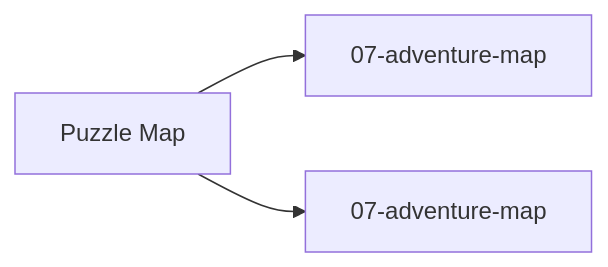
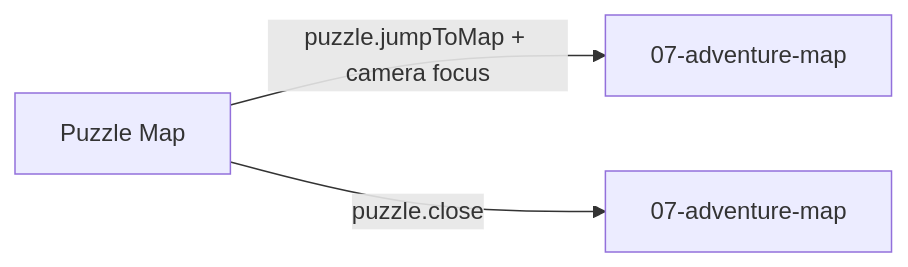
The fifth of 5 diagrams in docs/architecture/wiki/screens/10-puzzle-map/architecture.md (SunaNoOshiro/Heroes_Reforged_AI_Realms), drawn with Mermaid before and after one commit. The commit also changed other lines of this file and 518 other files, not shown here.

First line of the commit message:
Add doc-audit skill and sweep architecture/screen docs

````diff
--- a/docs/architecture/wiki/screens/10-puzzle-map/architecture.md
+++ b/docs/architecture/wiki/screens/10-puzzle-map/architecture.md
@@ -68,6 +73,6 @@
 ```mermaid
 flowchart LR
   Current["Puzzle Map"]
-  Current --> T0["07-adventure-map"]
-  Current --> T1["07-adventure-map"]
+  Current -->|puzzle.jumpToMap + camera focus| T0["07-adventure-map"]
+  Current -->|puzzle.close| T1["07-adventure-map"]
 ```
````
